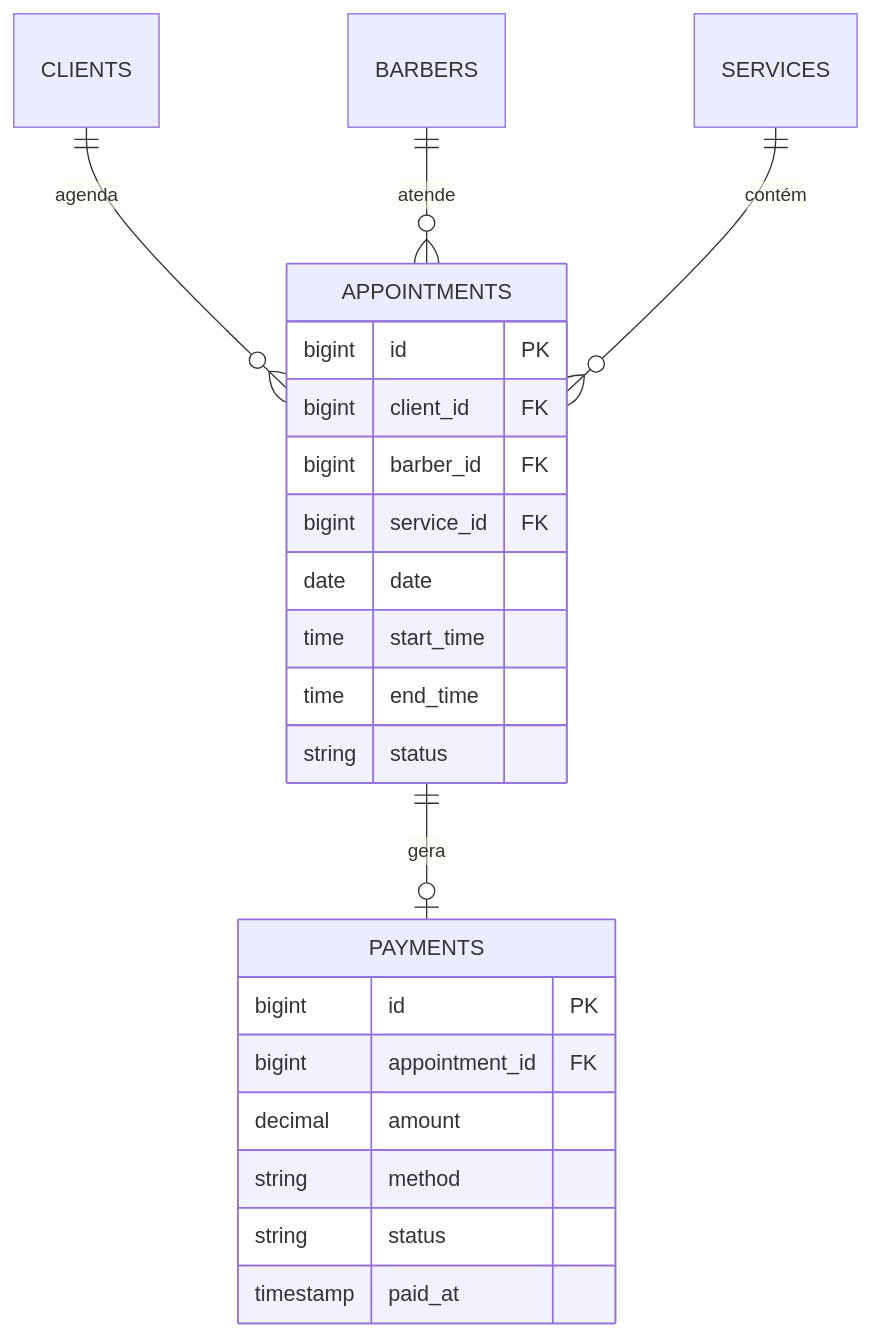
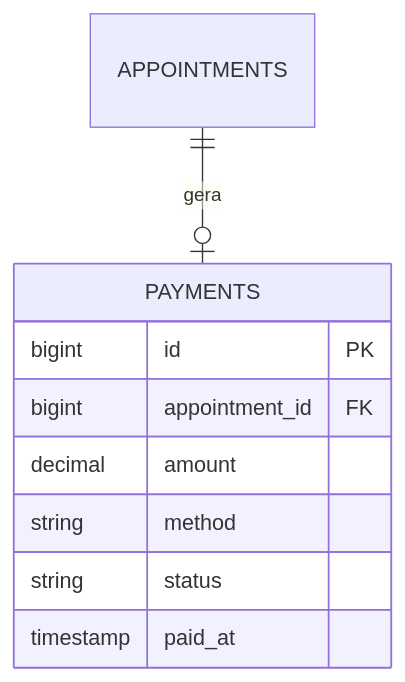
Before and after one commit to josecoene/barber-shop: the second of 2 diagrams in docs/ARQUITETURA.md, drawn with Mermaid. The commit also changed other lines of this file and 4 other files, not shown here.

````diff
--- a/docs/ARQUITETURA.md
+++ b/docs/ARQUITETURA.md
@@ -255,25 +331,12 @@
 ```mermaid
 erDiagram
-    CLIENTS ||--o{ APPOINTMENTS : agenda
-    BARBERS ||--o{ APPOINTMENTS : atende
-    SERVICES ||--o{ APPOINTMENTS : contém
     APPOINTMENTS ||--o| PAYMENTS : gera
-    APPOINTMENTS {
-        bigint id PK
-        bigint client_id FK
-        bigint barber_id FK
-        bigint service_id FK
-        date date
-        time start_time
-        time end_time
-        string status
-    }
     PAYMENTS {
         bigint id PK
         bigint appointment_id FK
         decimal amount
         string method
         string status
         timestamp paid_at
     }
 ```
````
